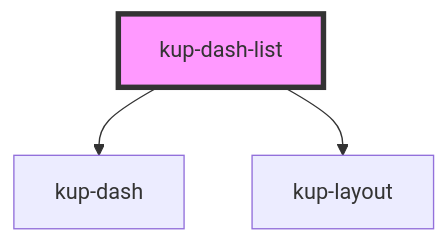
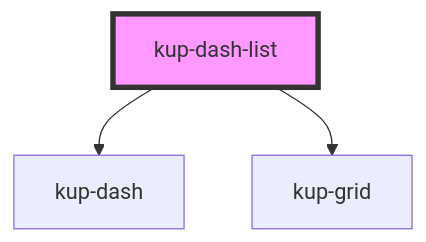
The diagram in packages/ketchup/src/components/kup-dash-list/readme.md (smeup/ketchup), drawn with Mermaid before and after one commit. The commit also changed other lines of this file and 4 other files, not shown here.

````diff
--- a/packages/ketchup/src/components/kup-dash-list/readme.md
+++ b/packages/ketchup/src/components/kup-dash-list/readme.md
@@ -39,6 +39,6 @@
 ```mermaid
 graph TD;
   kup-dash-list --> kup-dash
-  kup-dash-list --> kup-layout
+  kup-dash-list --> kup-grid
   style kup-dash-list fill:#f9f,stroke:#333,stroke-width:4px
 ```
````
